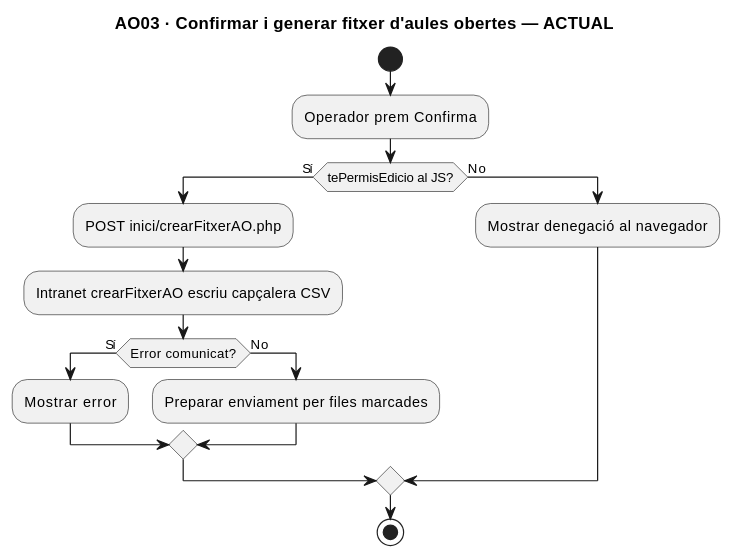
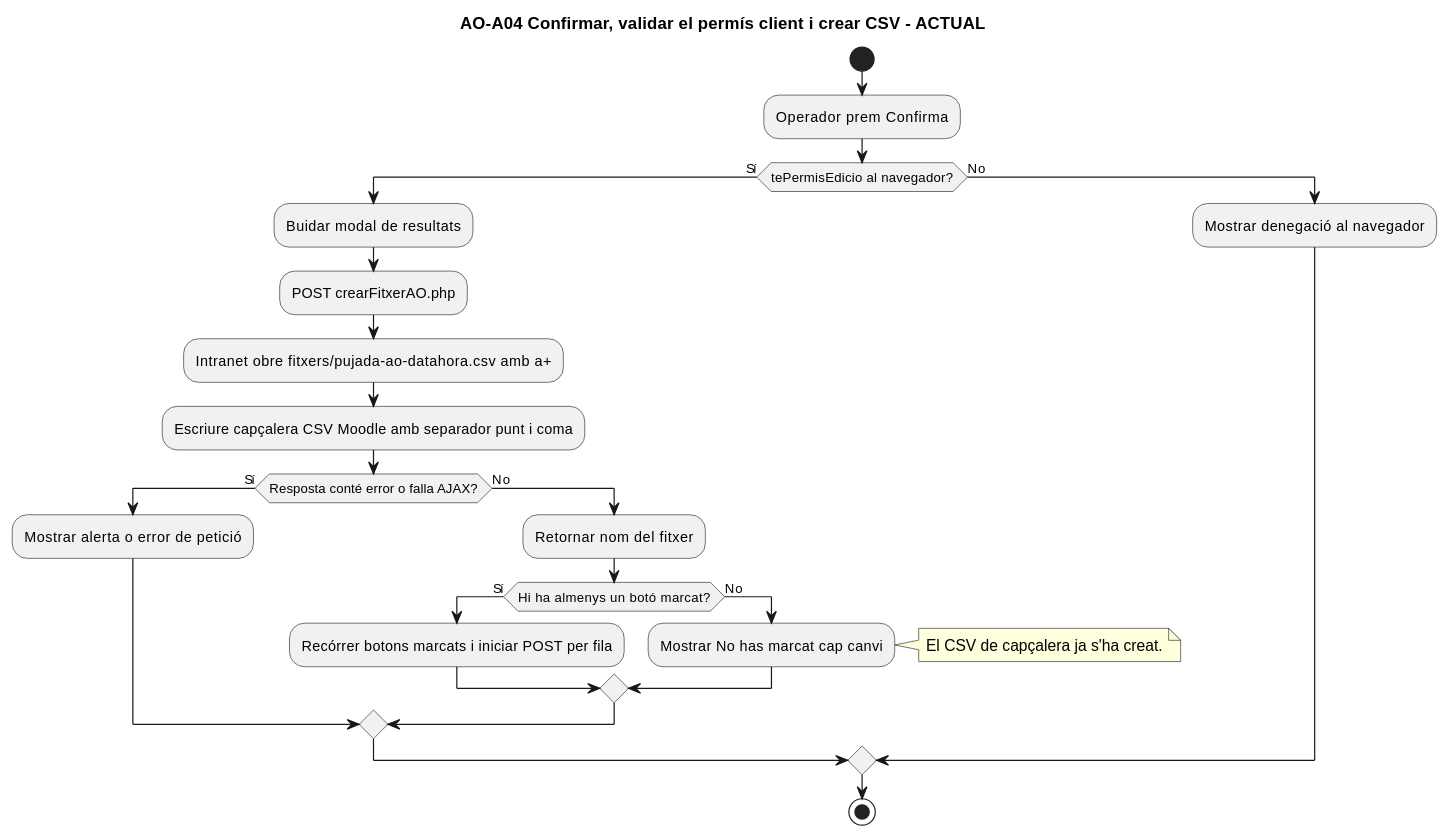
Before and after one commit to orgmeriemprismacat-del/verifactu: the ninth of 20 diagrams in documentacio/07-uml-integrat/uc-moodle-aules-obertes-fitxa-activitats.md, drawn with PlantUML. The commit also changed other lines of this file, not shown here.

Commit message:
docs: complete exact open-class URL with full functional UML, 16 actual/final page and section activity diagrams

````diff
--- a/documentacio/07-uml-integrat/uc-moodle-aules-obertes-fitxa-activitats.md
+++ b/documentacio/07-uml-integrat/uc-moodle-aules-obertes-fitxa-activitats.md
@@ -195,19 +278,29 @@
 ```plantuml
 @startuml
-title AO03 · Confirmar i generar fitxer d'aules obertes — ACTUAL
+title AO-A04 Confirmar, validar el permís client i crear CSV - ACTUAL
 start
 :Operador prem Confirma;
-if (tePermisEdicio al JS?) then (Sí)
- :POST inici/crearFitxerAO.php;
- :Intranet crearFitxerAO escriu capçalera CSV;
- if (Error comunicat?) then (Sí)
-  :Mostrar error;
+if (tePermisEdicio al navegador?) then (Sí)
+ :Buidar modal de resultats;
+ :POST crearFitxerAO.php;
+ :Intranet obre fitxers/pujada-ao-datahora.csv amb a+;
+ :Escriure capçalera CSV Moodle amb separador punt i coma;
+ if (Resposta conté error o falla AJAX?) then (Sí)
+  :Mostrar alerta o error de petició;
  else (No)
-  :Preparar enviament per files marcades;
+  :Retornar nom del fitxer;
+  if (Hi ha almenys un botó marcat?) then (Sí)
+   :Recórrer botons marcats i iniciar POST per fila;
+  else (No)
+   :Mostrar No has marcat cap canvi;
+   note right
+    El CSV de capçalera ja s'ha creat.
+   end note
+  endif
  endif
 else (No)
  :Mostrar denegació al navegador;
 endif
 stop
 @enduml
 ```
````
